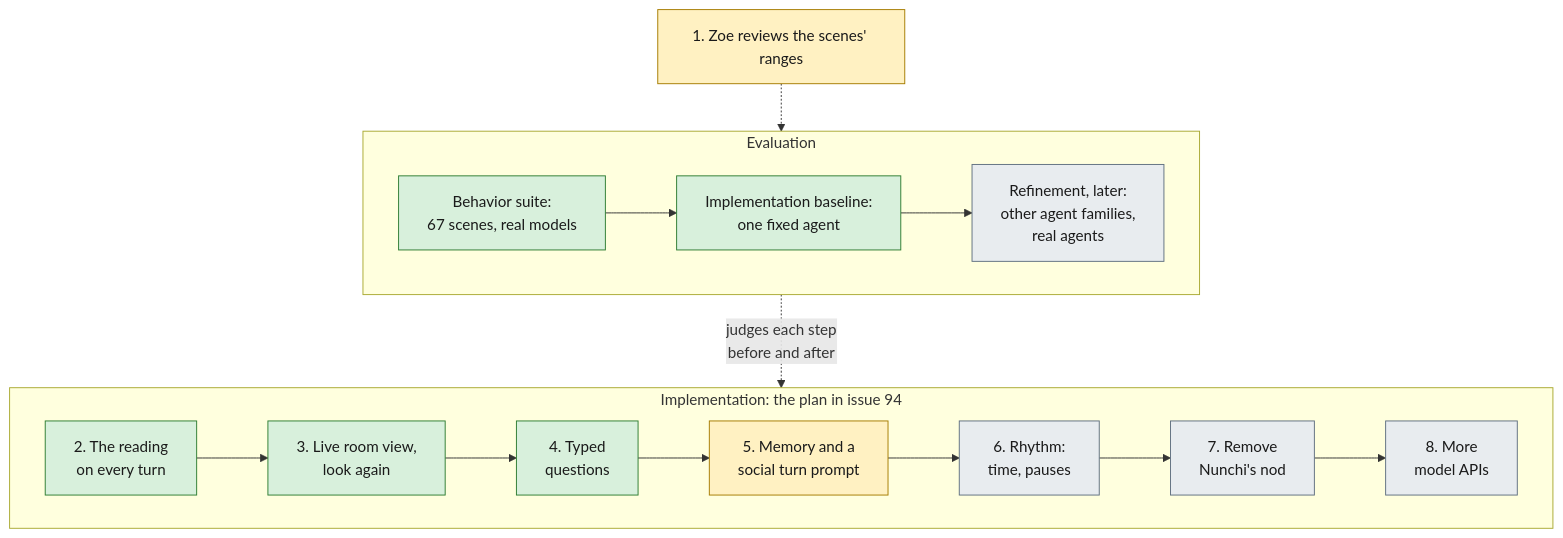
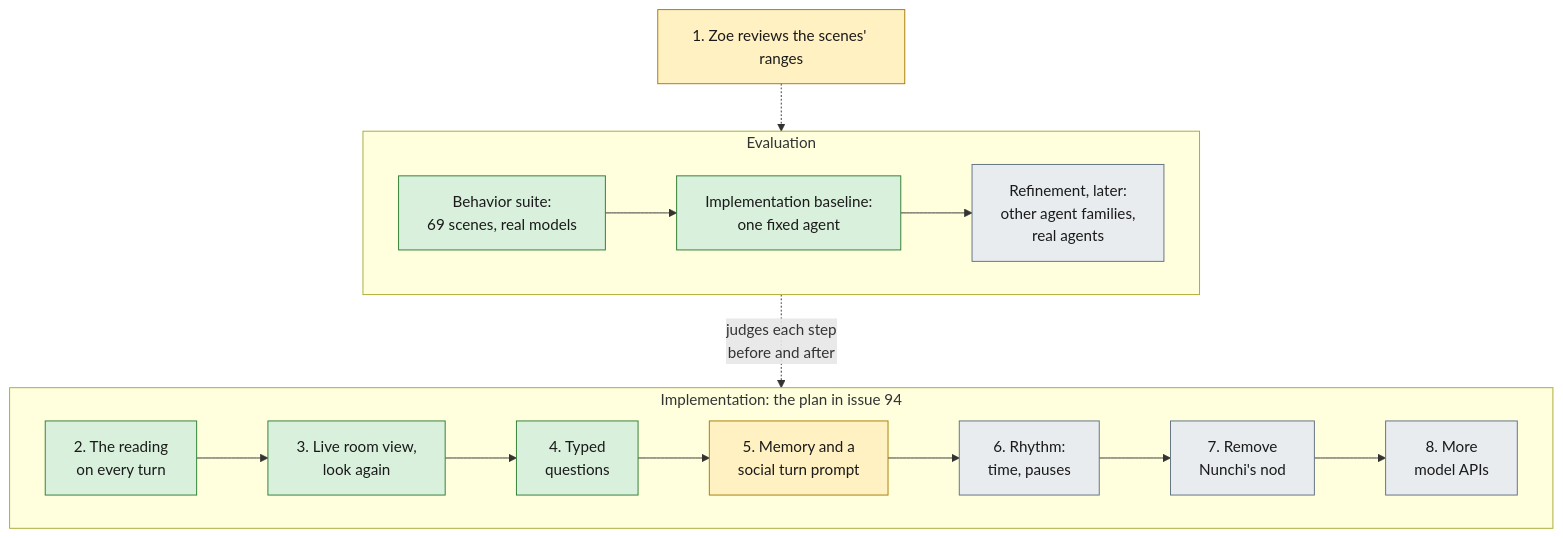
Before and after one commit to mentatzoe/nunchi: the third of 3 diagrams in README.md, drawn with Mermaid. The commit also changed 19 other files, not shown here.

````diff
--- a/README.md
+++ b/README.md
@@ -85,27 +85,27 @@
 ```mermaid
 flowchart TB
     classDef done fill:#d8f0dc,stroke:#2e7d32,color:#1a1a1a
     classDef next fill:#fff1c2,stroke:#a67c00,color:#1a1a1a
     classDef later fill:#e8ecef,stroke:#607080,color:#1a1a1a
     subgraph build["Implementation: the plan in issue 94"]
         direction LR
         p2["2. The reading<br/>on every turn"]:::done
         p3["3. Live room view,<br/>look again"]:::done
         p4["4. Typed<br/>questions"]:::done
         p5["5. Memory and a<br/>social turn prompt"]:::next
         p6["6. Rhythm:<br/>time, pauses"]:::later
         p7["7. Remove<br/>Nunchi's nod"]:::later
         p8["8. More<br/>model APIs"]:::later
         p2 --> p3 --> p4 --> p5 --> p6 --> p7 --> p8
     end
     subgraph measure["Evaluation"]
         direction LR
-        e1["Behavior suite:<br/>67 scenes, real models"]:::done
+        e1["Behavior suite:<br/>69 scenes, real models"]:::done
         e2["Implementation baseline:<br/>one fixed agent"]:::done
         e3["Refinement, later:<br/>other agent families,<br/>real agents"]:::later
         e1 --> e2 --> e3
     end
     p1["1. Zoe reviews the scenes' ranges"]:::next
     p1 -.-> measure
     measure -. "judges each step<br/>before and after" .-> build
 ```
````
